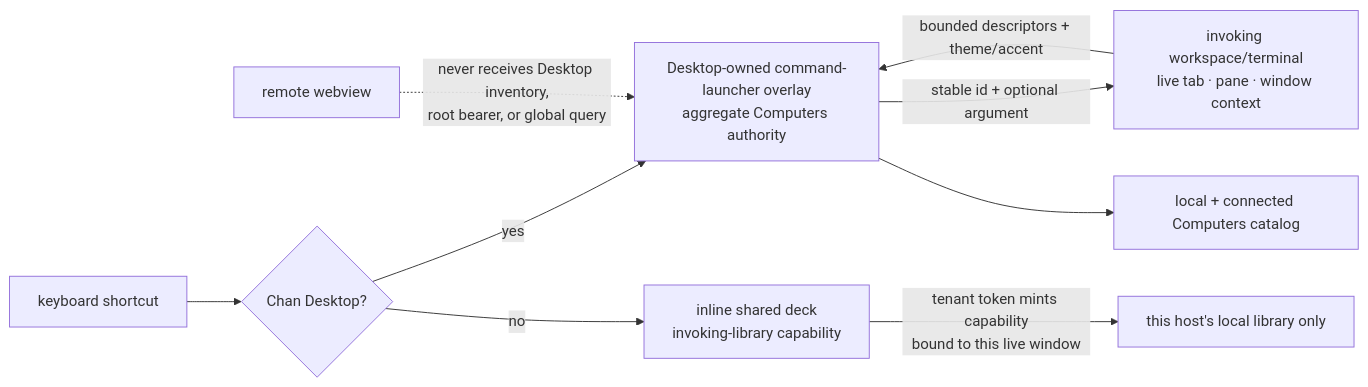
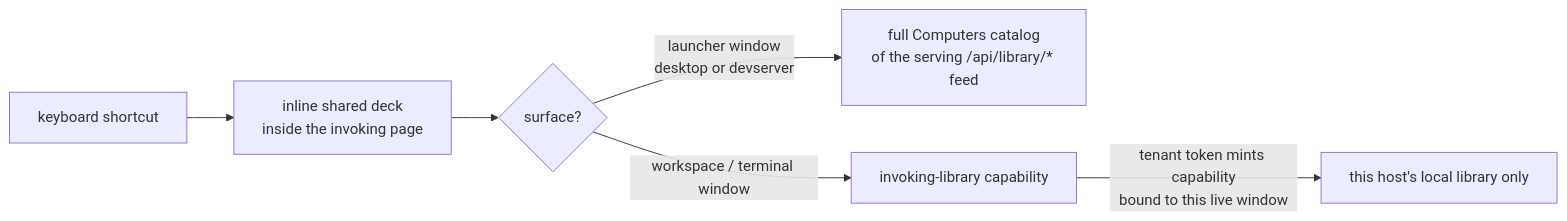
Before and after one commit to fiorix/chan: the second of 3 diagrams in web/packages/launcher/design.md, drawn with Mermaid. The commit also changed other lines of this file and 22 other files, not shown here.

First line of the commit message:
fix(launcher): remove the retired command-launcher overlay

````diff
--- a/web/packages/launcher/design.md
+++ b/web/packages/launcher/design.md
@@ -55,11 +49,8 @@
 ```mermaid
 flowchart LR
-    KEY["keyboard shortcut"] --> HOST{"Chan Desktop?"}
-    HOST -->|yes| NATIVE["Desktop-owned command-launcher overlay<br/>aggregate Computers authority"]
-    HOST -->|no| INLINE["inline shared deck<br/>invoking-library capability"]
-    SOURCE["invoking workspace/terminal<br/>live tab · pane · window context"] -->|"bounded descriptors + theme/accent"| NATIVE
-    NATIVE -->|"stable id + optional argument"| SOURCE
-    NATIVE --> DESKTOP["local + connected Computers catalog"]
+    KEY["keyboard shortcut"] --> DECK["inline shared deck<br/>inside the invoking page"]
+    DECK --> HOST{"surface?"}
+    HOST -->|"launcher window<br/>desktop or devserver"| AGG["full Computers catalog<br/>of the serving /api/library/* feed"]
+    HOST -->|"workspace / terminal window"| INLINE["invoking-library capability"]
     INLINE -->|"tenant token mints capability<br/>bound to this live window"| LOCAL["this host's local library only"]
-    REMOTE["remote webview"] -. "never receives Desktop inventory,<br/>root bearer, or global query" .-> NATIVE
 ```
````
